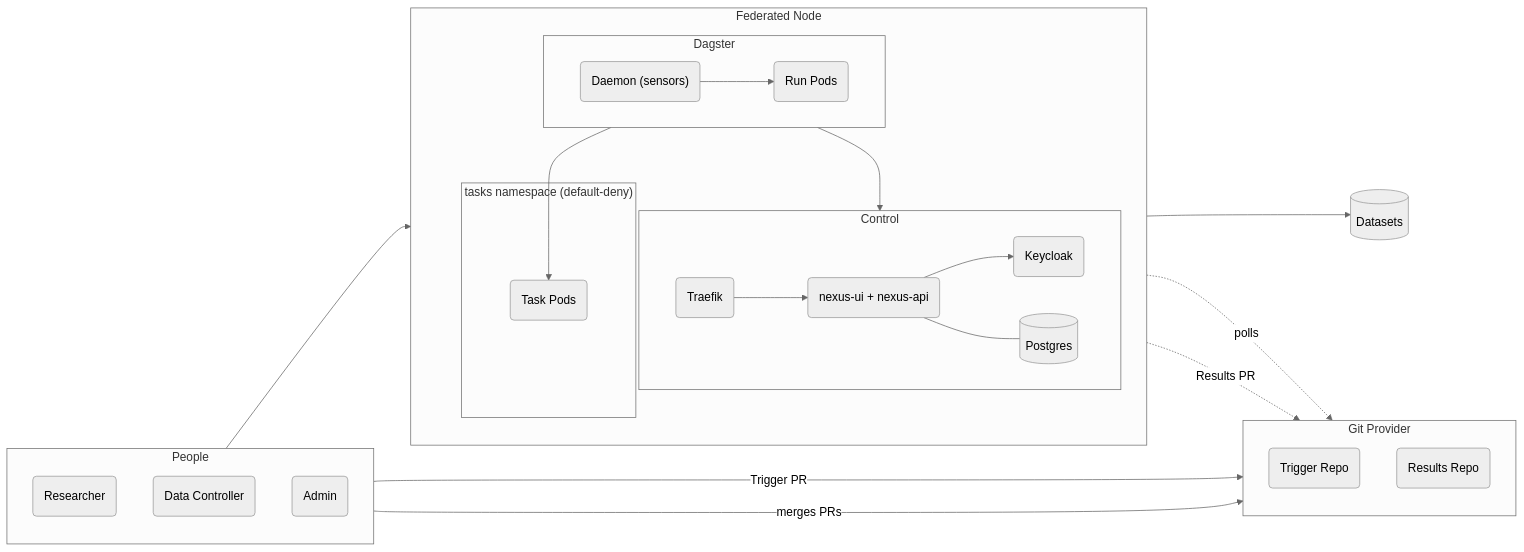
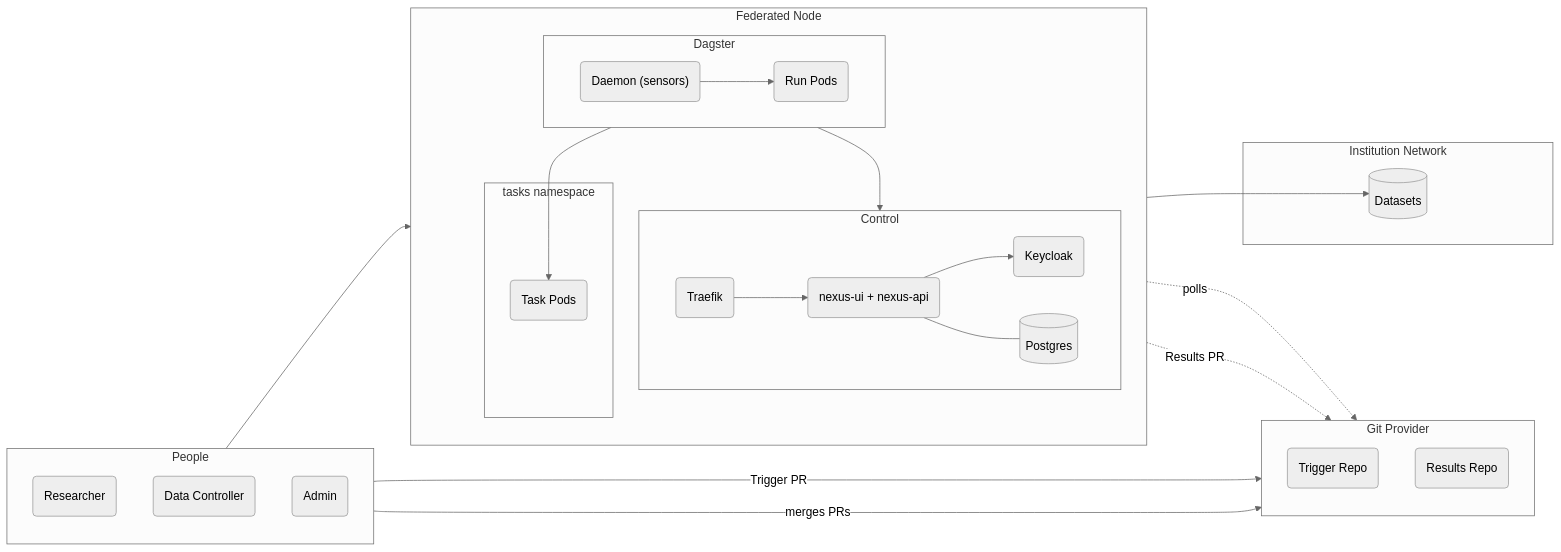
Before and after one commit to Aridhia-Open-Source/PHEMS_federated_node: the second of 2 diagrams in README.md, drawn with Mermaid (neutral theme). The commit also changed 1 other file, not shown here.

Commit message:
docs: architecture diagram: datasets in the Institution Network, no default-deny label

````diff
--- a/README.md
+++ b/README.md
@@ -32,42 +32,44 @@
 ```mermaid
 flowchart LR
   subgraph People["People"]
     direction TB
     Researcher("Researcher")
     DataController("Data Controller")
     Admin("Admin")
   end
 
   subgraph GitProvider["Git Provider"]
     direction TB
     TriggerRepo("Trigger Repo")
     ResultsRepo("Results Repo")
   end
 
   subgraph FederatedNode["Federated Node"]
     direction TB
     subgraph Control["Control"]
       direction LR
       Traefik("Traefik") --> Nexus("nexus-ui + nexus-api") --> Keycloak("Keycloak")
       Nexus --- Postgres[("Postgres")]
     end
     subgraph Dagster["Dagster"]
       direction LR
       Daemon("Daemon (sensors)") --> RunPods("Run Pods")
     end
-    subgraph Tasks["tasks namespace (default-deny)"]
+    subgraph Tasks["tasks namespace"]
       TaskPods("Task Pods")
     end
     Daemon --> Nexus
     RunPods --> TaskPods
   end
 
-  Datasets[("Datasets")]
+  subgraph Institution["Institution Network"]
+    Datasets[("Datasets")]
+  end
 
   Researcher -->|"Trigger PR"| TriggerRepo
   DataController -->|"merges PRs"| GitProvider
   Admin --> Traefik
   Daemon -.->|"polls"| TriggerRepo
   RunPods -.->|"Results PR"| ResultsRepo
   TaskPods --> Datasets
 ```
````
